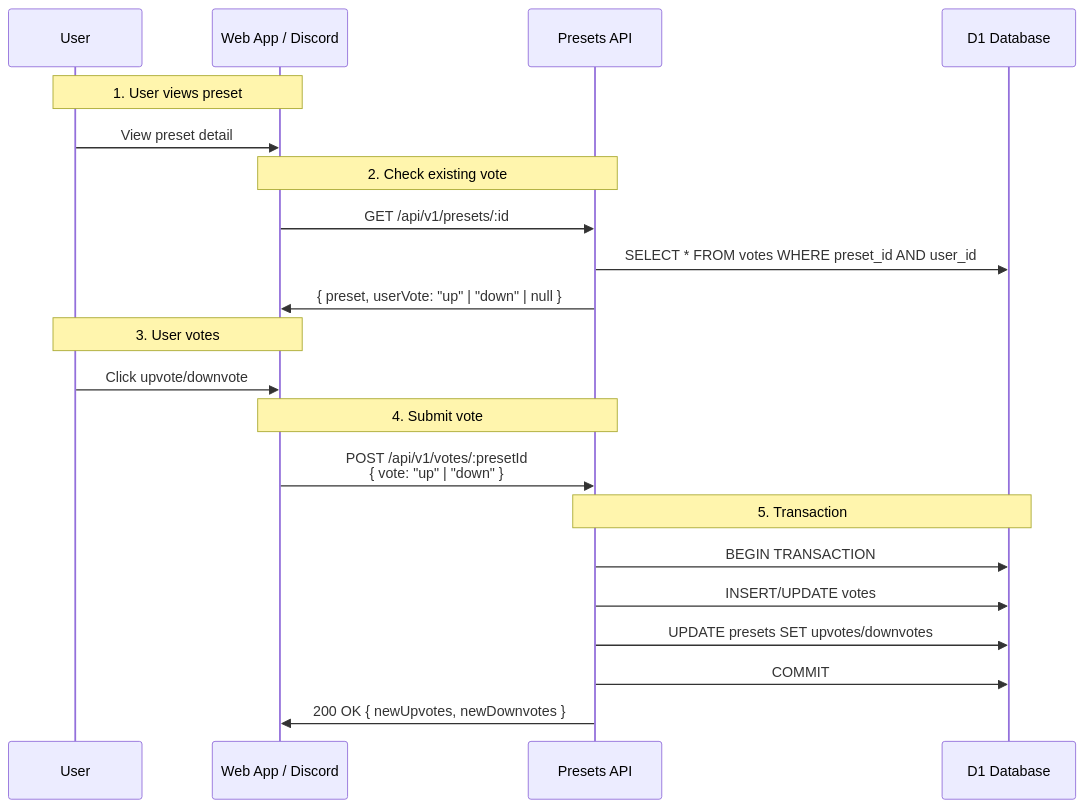
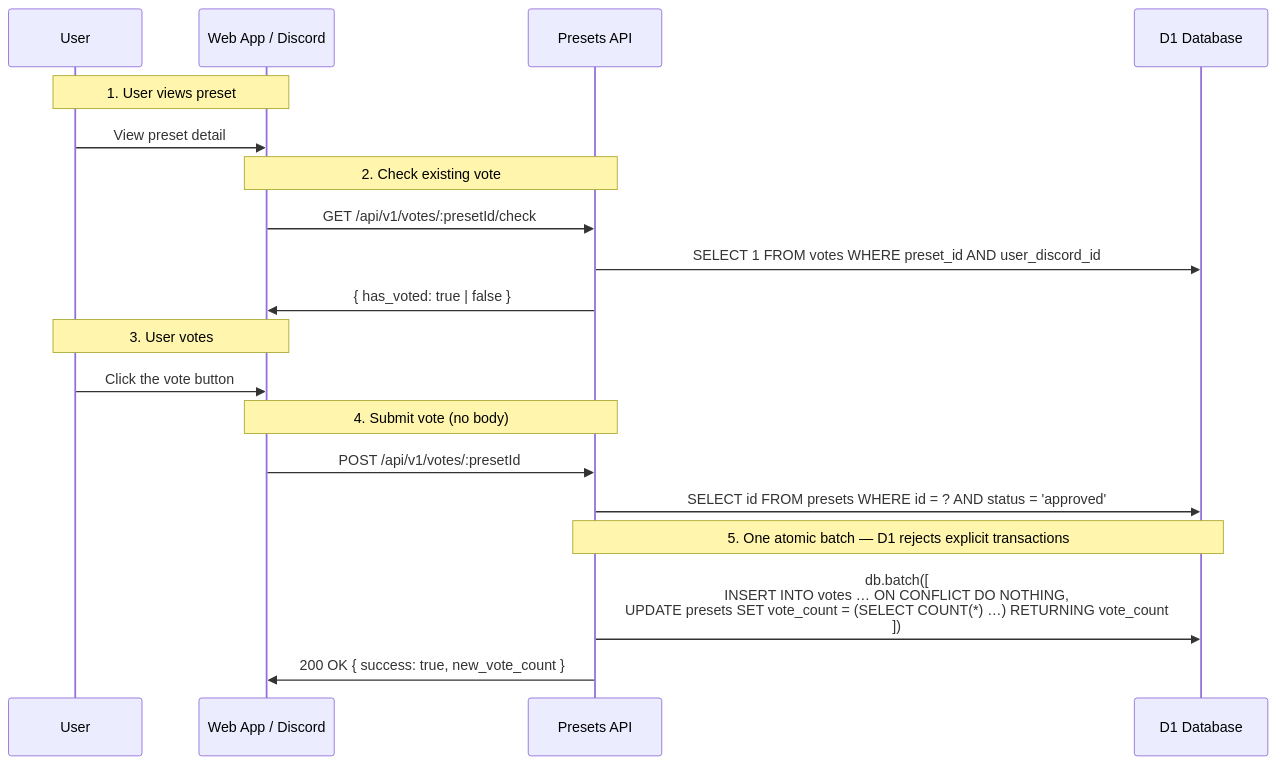
Before and after one commit to FlashGalatine/xivdyetools: the fourth of 6 diagrams in docs/architecture/data-flow.md, drawn with Mermaid. The commit also changed other lines of this file and 206 other files, not shown here.

````diff
--- a/docs/architecture/data-flow.md
+++ b/docs/architecture/data-flow.md
@@ -200,29 +207,27 @@
 ```mermaid
 sequenceDiagram
     participant User
     participant Client as Web App / Discord
     participant Presets as Presets API
     participant DB as D1 Database
 
     Note over User,Client: 1. User views preset
     User->>Client: View preset detail
 
     Note over Client,Presets: 2. Check existing vote
-    Client->>Presets: GET /api/v1/presets/:id
-    Presets->>DB: SELECT * FROM votes WHERE preset_id AND user_id
-    Presets->>Client: { preset, userVote: "up" | "down" | null }
+    Client->>Presets: GET /api/v1/votes/:presetId/check
+    Presets->>DB: SELECT 1 FROM votes WHERE preset_id AND user_discord_id
+    Presets->>Client: { has_voted: true | false }
 
     Note over User,Client: 3. User votes
-    User->>Client: Click upvote/downvote
+    User->>Client: Click the vote button
 
-    Note over Client,Presets: 4. Submit vote
-    Client->>Presets: POST /api/v1/votes/:presetId<br/>{ vote: "up" | "down" }
+    Note over Client,Presets: 4. Submit vote (no body)
+    Client->>Presets: POST /api/v1/votes/:presetId
+    Presets->>DB: SELECT id FROM presets WHERE id = ? AND status = 'approved'
 
-    Note over Presets,DB: 5. Transaction
-    Presets->>DB: BEGIN TRANSACTION
-    Presets->>DB: INSERT/UPDATE votes
-    Presets->>DB: UPDATE presets SET upvotes/downvotes
-    Presets->>DB: COMMIT
+    Note over Presets,DB: 5. One atomic batch — D1 rejects explicit transactions
+    Presets->>DB: db.batch([<br/>  INSERT INTO votes … ON CONFLICT DO NOTHING,<br/>  UPDATE presets SET vote_count = (SELECT COUNT(*) …) RETURNING vote_count<br/>])
 
-    Presets->>Client: 200 OK { newUpvotes, newDownvotes }
+    Presets->>Client: 200 OK { success: true, new_vote_count }
 ```
````
